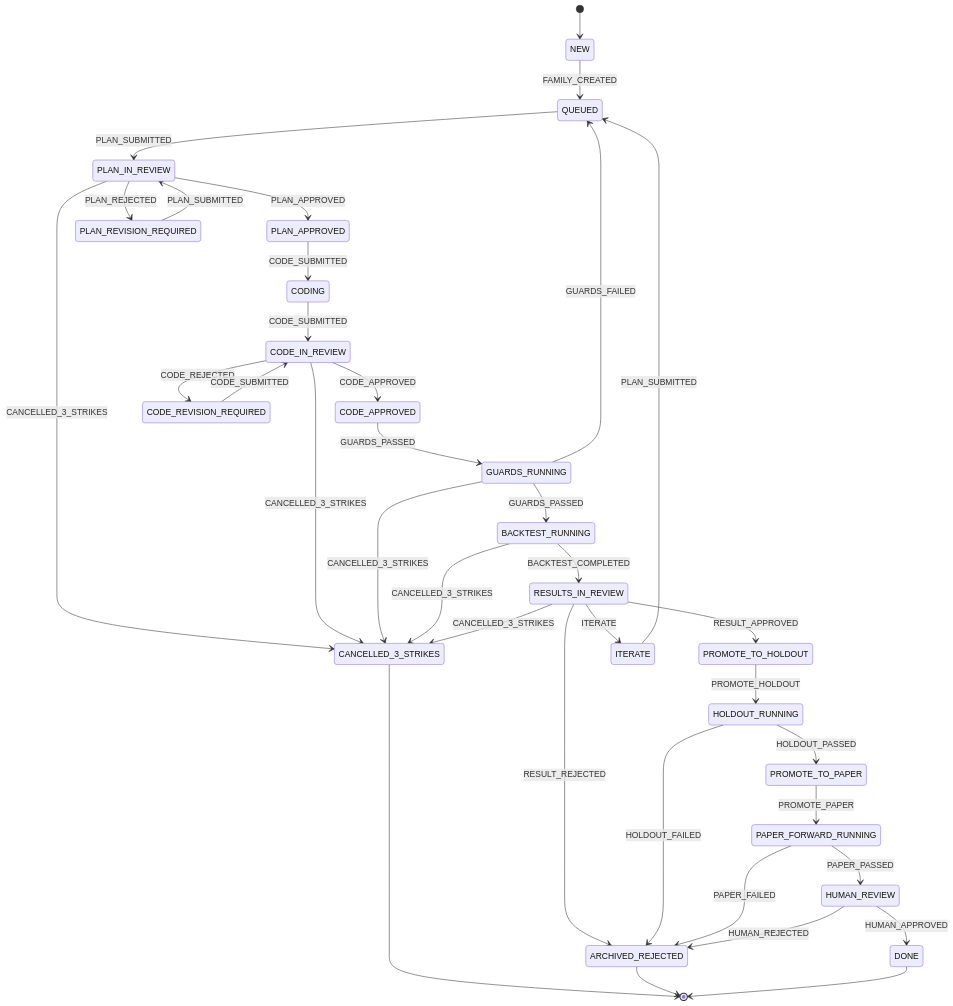
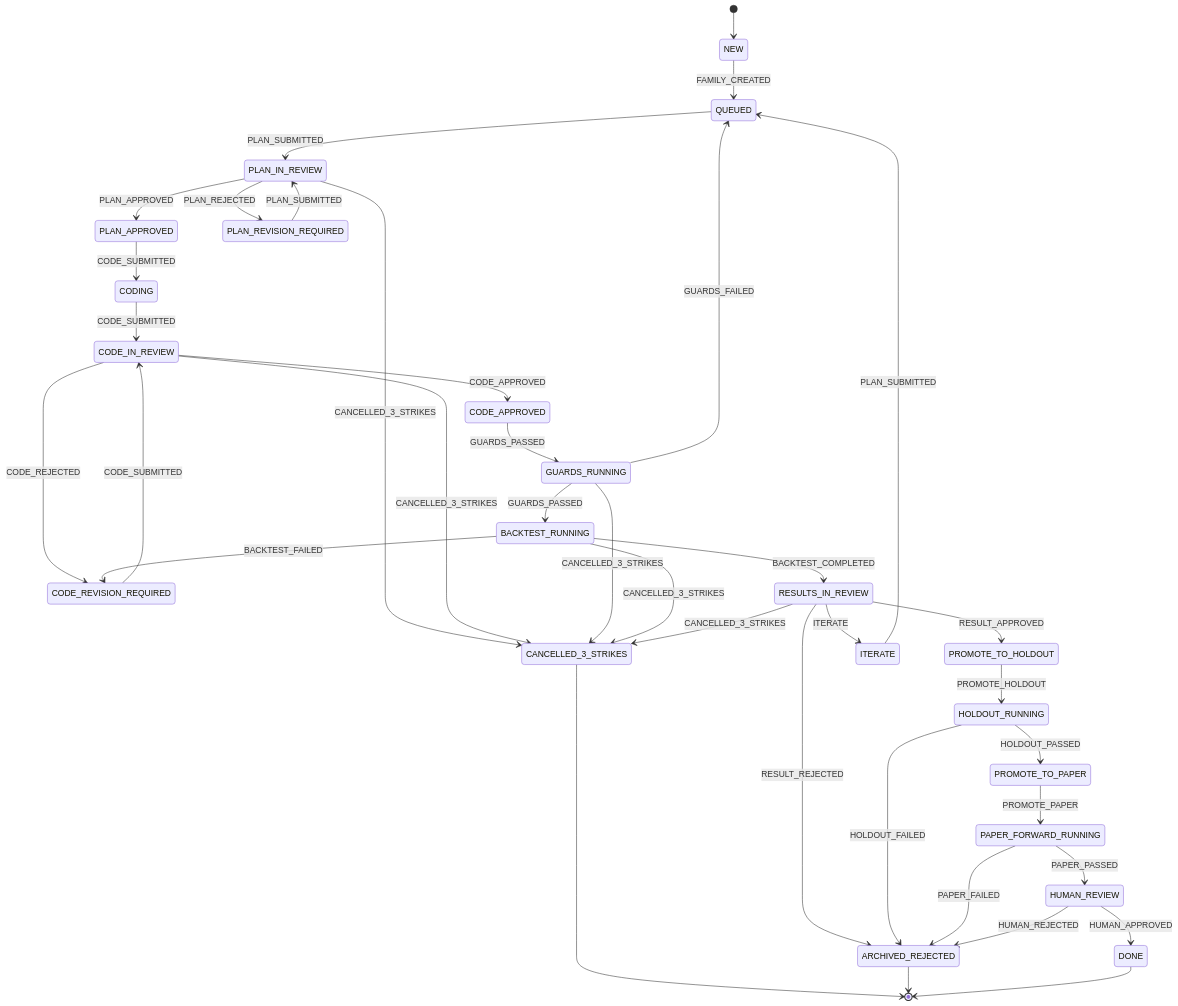
Before and after one commit to hb4ch/alpha-forge: the second of 4 diagrams in README.md, drawn with Mermaid. The commit also changed other lines of this file and 1 other file, not shown here.

Commit message:
docs: update README with backtest error recovery transition and .env setup

````diff
--- a/README.md
+++ b/README.md
@@ -96,52 +97,53 @@
 ```mermaid
 stateDiagram-v2
     [*] --> NEW
     NEW --> QUEUED : FAMILY_CREATED
 
     QUEUED --> PLAN_IN_REVIEW : PLAN_SUBMITTED
 
     PLAN_IN_REVIEW --> PLAN_APPROVED : PLAN_APPROVED
     PLAN_IN_REVIEW --> PLAN_REVISION_REQUIRED : PLAN_REJECTED
     PLAN_IN_REVIEW --> CANCELLED_3_STRIKES : CANCELLED_3_STRIKES
 
     PLAN_REVISION_REQUIRED --> PLAN_IN_REVIEW : PLAN_SUBMITTED
 
     PLAN_APPROVED --> CODING : CODE_SUBMITTED
     CODING --> CODE_IN_REVIEW : CODE_SUBMITTED
 
     CODE_IN_REVIEW --> CODE_APPROVED : CODE_APPROVED
     CODE_IN_REVIEW --> CODE_REVISION_REQUIRED : CODE_REJECTED
     CODE_IN_REVIEW --> CANCELLED_3_STRIKES : CANCELLED_3_STRIKES
 
     CODE_REVISION_REQUIRED --> CODE_IN_REVIEW : CODE_SUBMITTED
 
     CODE_APPROVED --> GUARDS_RUNNING : GUARDS_PASSED
     GUARDS_RUNNING --> BACKTEST_RUNNING : GUARDS_PASSED
     GUARDS_RUNNING --> QUEUED : GUARDS_FAILED
     GUARDS_RUNNING --> CANCELLED_3_STRIKES : CANCELLED_3_STRIKES
 
     BACKTEST_RUNNING --> RESULTS_IN_REVIEW : BACKTEST_COMPLETED
+    BACKTEST_RUNNING --> CODE_REVISION_REQUIRED : BACKTEST_FAILED
     BACKTEST_RUNNING --> CANCELLED_3_STRIKES : CANCELLED_3_STRIKES
 
     RESULTS_IN_REVIEW --> PROMOTE_TO_HOLDOUT : RESULT_APPROVED
     RESULTS_IN_REVIEW --> ITERATE : ITERATE
     RESULTS_IN_REVIEW --> ARCHIVED_REJECTED : RESULT_REJECTED
     RESULTS_IN_REVIEW --> CANCELLED_3_STRIKES : CANCELLED_3_STRIKES
 
     ITERATE --> QUEUED : PLAN_SUBMITTED
 
     PROMOTE_TO_HOLDOUT --> HOLDOUT_RUNNING : PROMOTE_HOLDOUT
     HOLDOUT_RUNNING --> PROMOTE_TO_PAPER : HOLDOUT_PASSED
     HOLDOUT_RUNNING --> ARCHIVED_REJECTED : HOLDOUT_FAILED
 
     PROMOTE_TO_PAPER --> PAPER_FORWARD_RUNNING : PROMOTE_PAPER
     PAPER_FORWARD_RUNNING --> HUMAN_REVIEW : PAPER_PASSED
     PAPER_FORWARD_RUNNING --> ARCHIVED_REJECTED : PAPER_FAILED
 
     HUMAN_REVIEW --> DONE : HUMAN_APPROVED
     HUMAN_REVIEW --> ARCHIVED_REJECTED : HUMAN_REJECTED
 
     CANCELLED_3_STRIKES --> [*]
     ARCHIVED_REJECTED --> [*]
     DONE --> [*]
 ```
````
